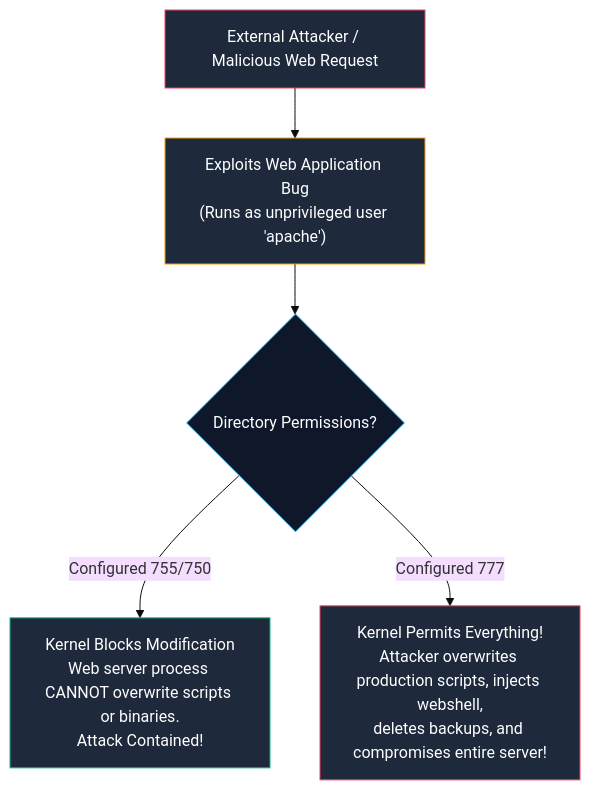
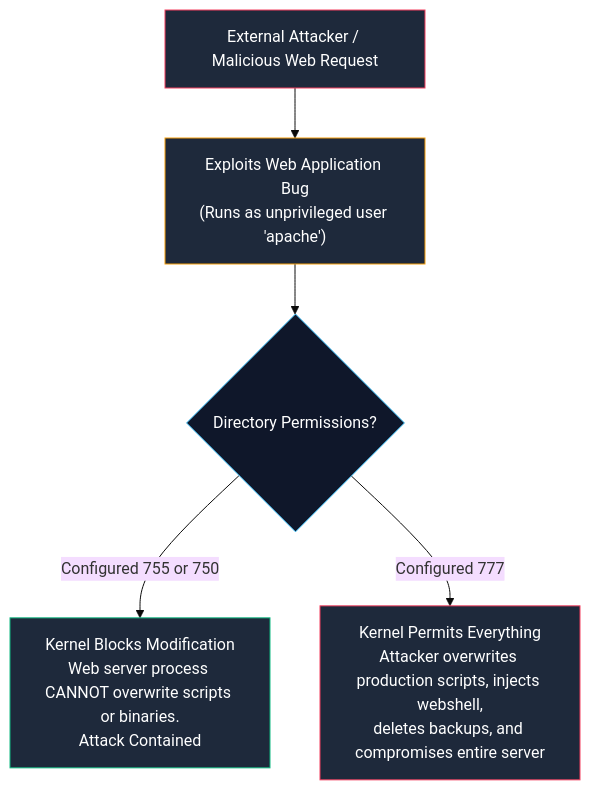
Before and after one commit to Kashif-Mashi/Blue-Team-Handbook: the fifth of 5 diagrams in System-and-Network-Administrator/03-Linux-Fundamentals/04-File-Permissions.md, drawn with Mermaid (base theme). The commit also changed 13 other files, not shown here.

Commit message:
Verification & Fixes: Mermaid Diagrams Across the Repository

````diff
--- a/System-and-Network-Administrator/03-Linux-Fundamentals/04-File-Permissions.md
+++ b/System-and-Network-Administrator/03-Linux-Fundamentals/04-File-Permissions.md
@@ -401,13 +401,13 @@
 ```mermaid
 flowchart TD
     ATTACKER["External Attacker / Malicious Web Request"] --> WEB["Exploits Web Application Bug<br/>(Runs as unprivileged user 'apache')"]
     WEB --> PERM{"Directory Permissions?"}
-    PERM -->|Configured 755/750| BLOCKED["Kernel Blocks Modification<br/>Web server process CANNOT overwrite scripts or binaries.<br/>Attack Contained!"]
-    PERM -->|Configured 777| OWNED["Kernel Permits Everything!<br/>Attacker overwrites production scripts, injects webshell,<br/>deletes backups, and compromises entire server!"]
+    PERM -->|"Configured 755 or 750"| BLOCKED["Kernel Blocks Modification<br/>Web server process CANNOT overwrite scripts or binaries.<br/>Attack Contained"]
+    PERM -->|"Configured 777"| OWNED["Kernel Permits Everything<br/>Attacker overwrites production scripts, injects webshell,<br/>deletes backups, and compromises entire server"]
 
     style ATTACKER fill:#1e293b,stroke:#f43f5e,color:#fff
     style WEB fill:#1e293b,stroke:#f59e0b,color:#fff
     style PERM fill:#0f172a,stroke:#38bdf8,color:#fff
     style BLOCKED fill:#1e293b,stroke:#10b981,color:#fff
     style OWNED fill:#1e293b,stroke:#f43f5e,color:#fff
 ```
````
